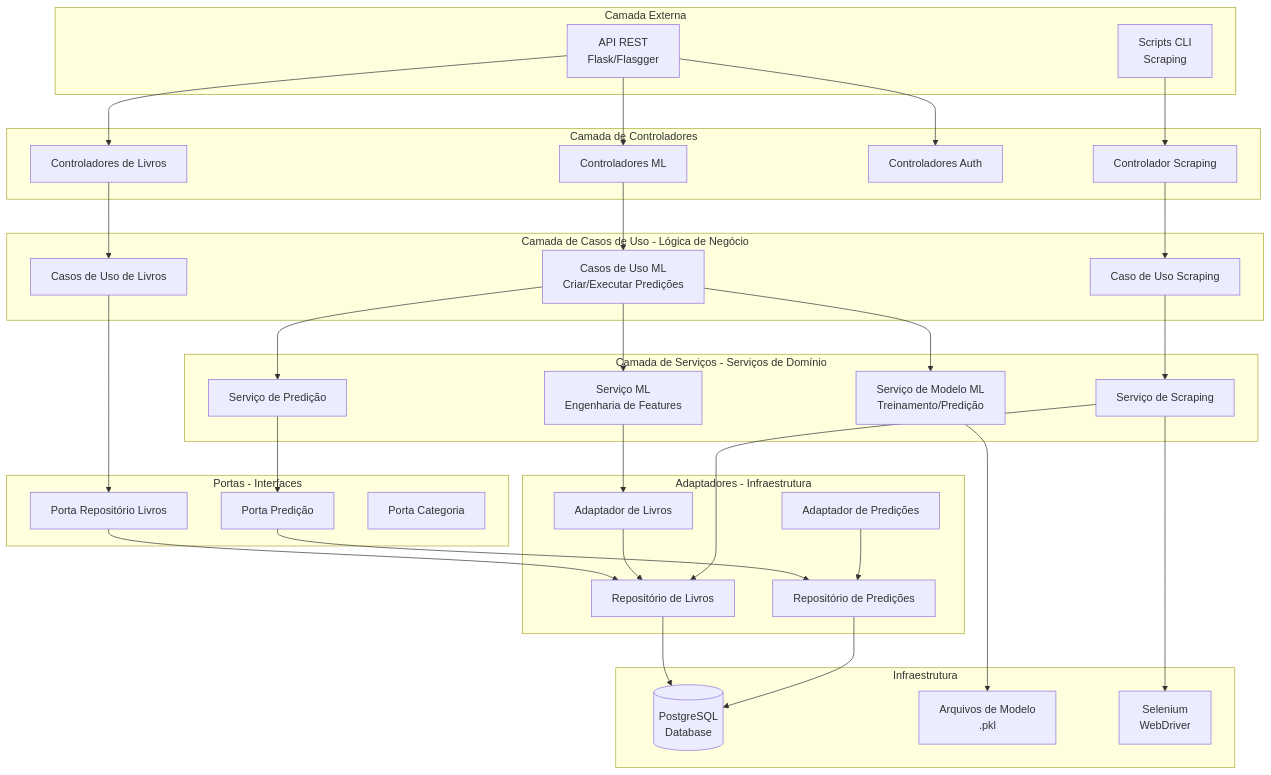
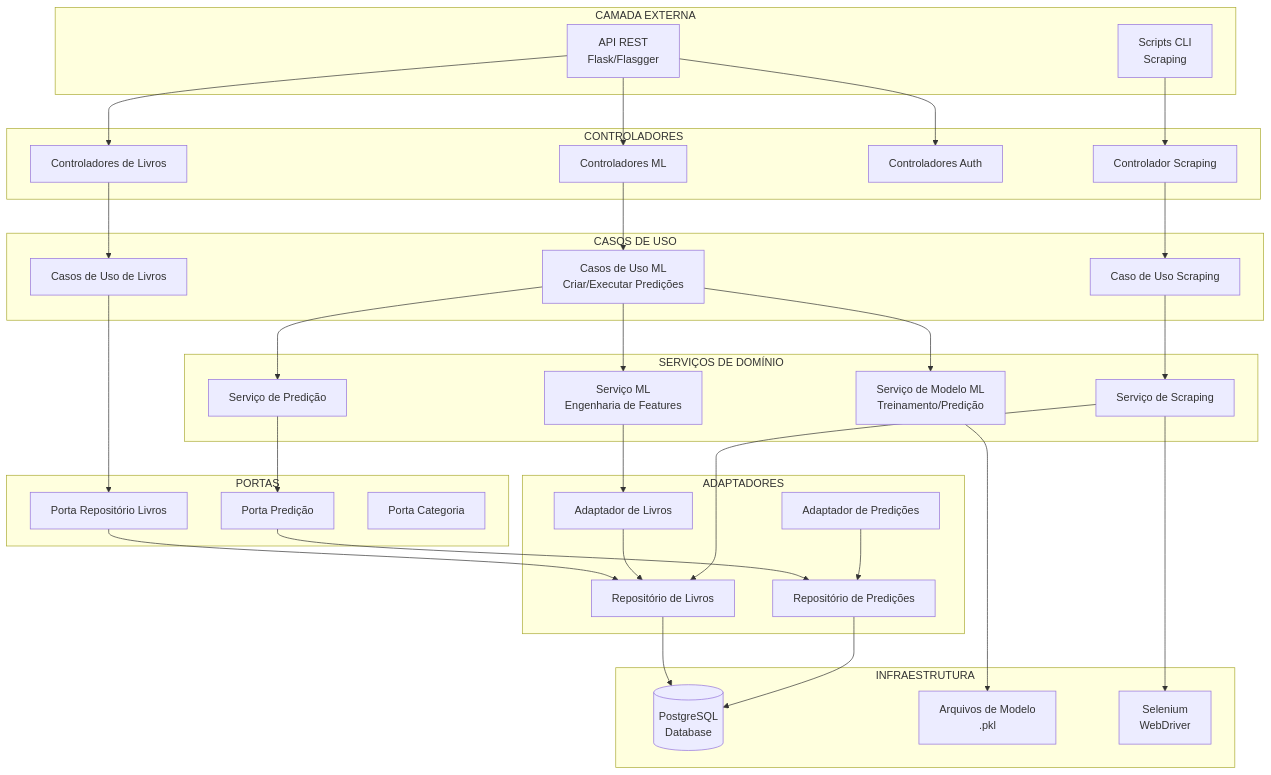
One commit to going-merry-fiap-mle/fase-1 changed the first of 6 diagrams in docs/architecture-diagrams.md. Above: the diagram before and after it, drawn with Mermaid. The commit also changed other lines of this file and 14 other files, not shown here.

````diff
--- a/docs/architecture-diagrams.md
+++ b/docs/architecture-diagrams.md
@@ -20,75 +20,75 @@
 ```mermaid
 graph TB
-    subgraph "Camada Externa"
+    subgraph "CAMADA EXTERNA"
         API[API REST<br/>Flask/Flasgger]
         CLI[Scripts CLI<br/>Scraping]
     end
 
-    subgraph "Camada de Controladores"
+    subgraph "CONTROLADORES"
         BookCtrl[Controladores de Livros]
         MLCtrl[Controladores ML]
         AuthCtrl[Controladores Auth]
         ScrapingCtrl[Controlador Scraping]
     end
 
-    subgraph "Camada de Casos de Uso - Lógica de Negócio"
+    subgraph "CASOS DE USO"
         BookUC[Casos de Uso de Livros]
         MLUC[Casos de Uso ML<br/>Criar/Executar Predições]
         ScrapingUC[Caso de Uso Scraping]
     end
 
-    subgraph "Camada de Serviços - Serviços de Domínio"
+    subgraph "SERVIÇOS DE DOMÍNIO"
         MLService[Serviço ML<br/>Engenharia de Features]
         MLModelService[Serviço de Modelo ML<br/>Treinamento/Predição]
         ScrapingService[Serviço de Scraping]
         PredictionService[Serviço de Predição]
     end
 
-    subgraph "Portas - Interfaces"
+    subgraph "PORTAS"
         BookPort[Porta Repositório Livros]
         PredictionPort[Porta Predição]
         CategoryPort[Porta Categoria]
     end
 
-    subgraph "Adaptadores - Infraestrutura"
+    subgraph "ADAPTADORES"
         BookRepo[Repositório de Livros]
         PredictionRepo[Repositório de Predições]
         BookAdapter[Adaptador de Livros]
         PredictionAdapter[Adaptador de Predições]
     end
 
-    subgraph "Infraestrutura"
+    subgraph "INFRAESTRUTURA"
         DB[(PostgreSQL<br/>Database)]
         ModelFiles[Arquivos de Modelo<br/>.pkl]
         WebDriver[Selenium<br/>WebDriver]
     end
 
     API --> BookCtrl
     API --> MLCtrl
     API --> AuthCtrl
     CLI --> ScrapingCtrl
 
     BookCtrl --> BookUC
     MLCtrl --> MLUC
     ScrapingCtrl --> ScrapingUC
 
     BookUC --> BookPort
     MLUC --> MLService
     MLUC --> MLModelService
     MLUC --> PredictionService
     ScrapingUC --> ScrapingService
 
     MLService --> BookAdapter
     MLModelService --> ModelFiles
     PredictionService --> PredictionPort
 
     BookPort --> BookRepo
     PredictionPort --> PredictionRepo
     BookAdapter --> BookRepo
     PredictionAdapter --> PredictionRepo
 
     BookRepo --> DB
     PredictionRepo --> DB
     ScrapingService --> WebDriver
     ScrapingService --> BookRepo
 ```
````
